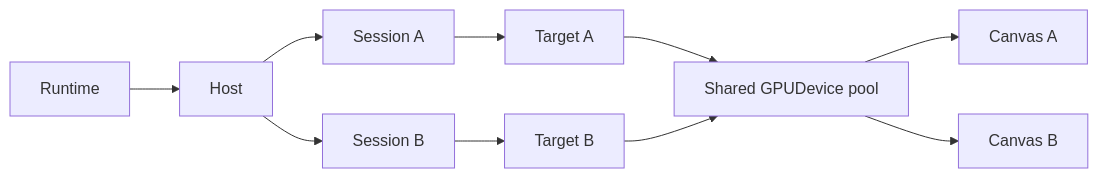
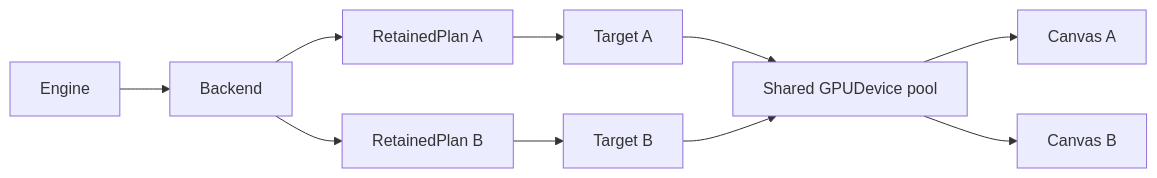
The sixth of 9 diagrams in docs/planning/font-runtime-ownership.md (pmndrs/glyph), drawn with Mermaid before and after one commit. The commit also changed other lines of this file and 82 other files, not shown here.

````diff
--- a/docs/planning/font-runtime-ownership.md
+++ b/docs/planning/font-runtime-ownership.md
@@ -1092,8 +1081,8 @@
 ```mermaid
 flowchart LR
-  R[Runtime] --> H[Host]
-  H --> S1[Session A] --> T1[Target A] --> D[Shared GPUDevice pool]
-  H --> S2[Session B] --> T2[Target B] --> D
+  R[Engine] --> H[Backend]
+  H --> S1[RetainedPlan A] --> T1[Target A] --> D[Shared GPUDevice pool]
+  H --> S2[RetainedPlan B] --> T2[Target B] --> D
   D --> C1[Canvas A]
   D --> C2[Canvas B]
 ```
````
